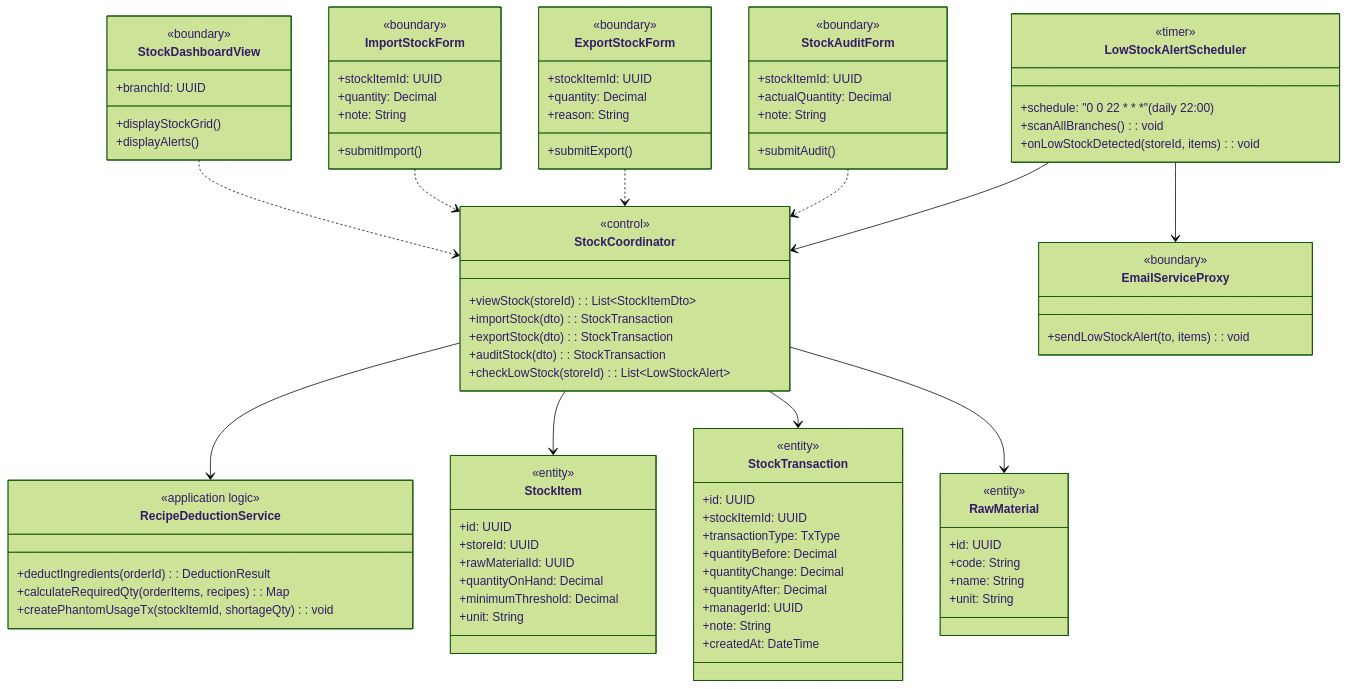
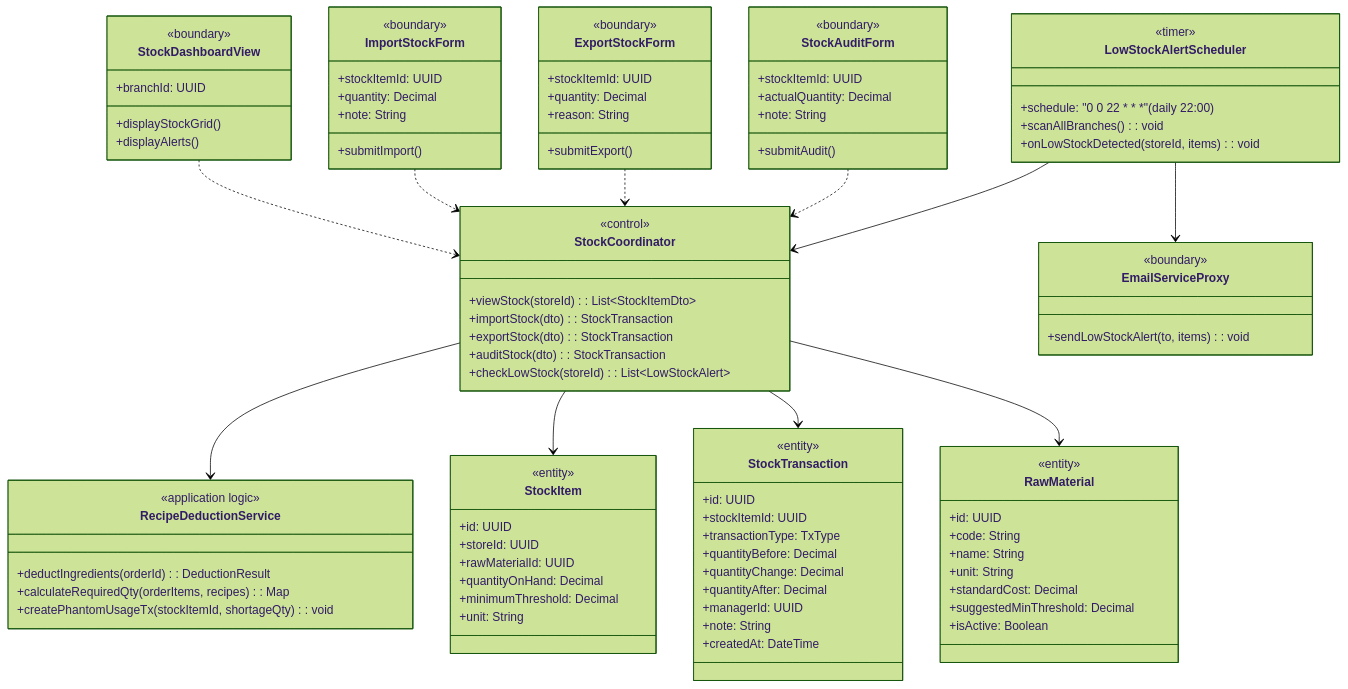
Before and after one commit to Shaichi/khoga_cafe: the first of 7 diagrams in docs/rds_sections/09_detailed_3_6_inventory.md, drawn with Mermaid (forest theme). The commit also changed other lines of this file and 22 other files, not shown here.

```diff
--- a/docs/rds_sections/09_detailed_3_6_inventory.md
+++ b/docs/rds_sections/09_detailed_3_6_inventory.md
@@ -82,6 +82,9 @@
         +code: String
         +name: String
         +unit: String
+        +standardCost: Decimal
+        +suggestedMinThreshold: Decimal
+        +isActive: Boolean
     }
     class EmailServiceProxy {
         <<boundary>>
```
